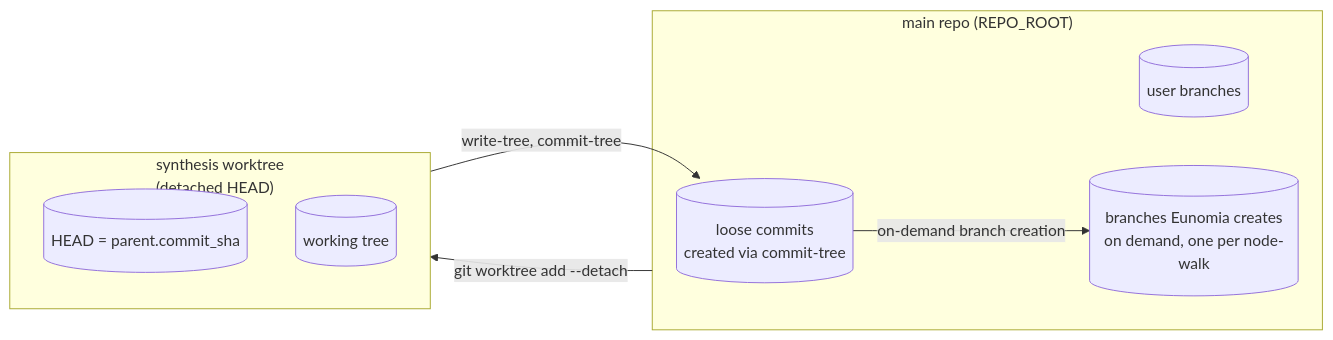
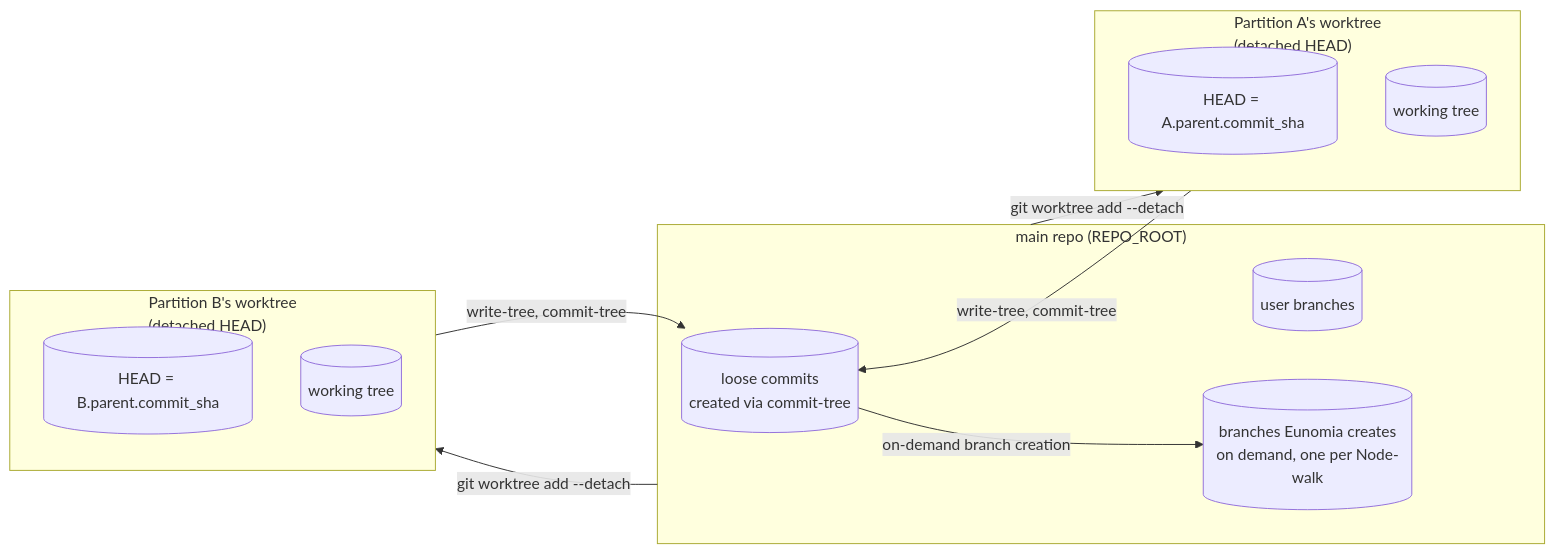
Before and after one commit to James-Mart/eunomio: the fourth of 4 diagrams in SPEC.md, drawn with Mermaid. The commit also changed other lines of this file and 58 other files, not shown here.

````diff
--- a/SPEC.md
+++ b/SPEC.md
@@ -231,17 +340,24 @@
 ```mermaid
 flowchart LR
   subgraph mainRepo["main repo (REPO_ROOT)"]
     db[(loose commits<br/>created via commit-tree)]
     branchA[(user branches)]
-    out[(branches Eunomia creates<br/>on demand, one per node-walk)]
+    out[(branches Eunomia creates<br/>on demand, one per Node-walk)]
   end
 
-  subgraph synth["synthesis worktree<br/>(detached HEAD)"]
-    head[(HEAD = parent.commit_sha)]
-    wt[(working tree)]
+  subgraph synthA["Partition A's worktree<br/>(detached HEAD)"]
+    headA[(HEAD = A.parent.commit_sha)]
+    wtA[(working tree)]
   end
 
-  mainRepo -->|"git worktree add --detach"| synth
-  synth -->|"write-tree, commit-tree"| db
+  subgraph synthB["Partition B's worktree<br/>(detached HEAD)"]
+    headB[(HEAD = B.parent.commit_sha)]
+    wtB[(working tree)]
+  end
+
+  mainRepo -->|"git worktree add --detach"| synthA
+  mainRepo -->|"git worktree add --detach"| synthB
+  synthA -->|"write-tree, commit-tree"| db
+  synthB -->|"write-tree, commit-tree"| db
   db -->|"on-demand branch creation"| out
 ```
````
